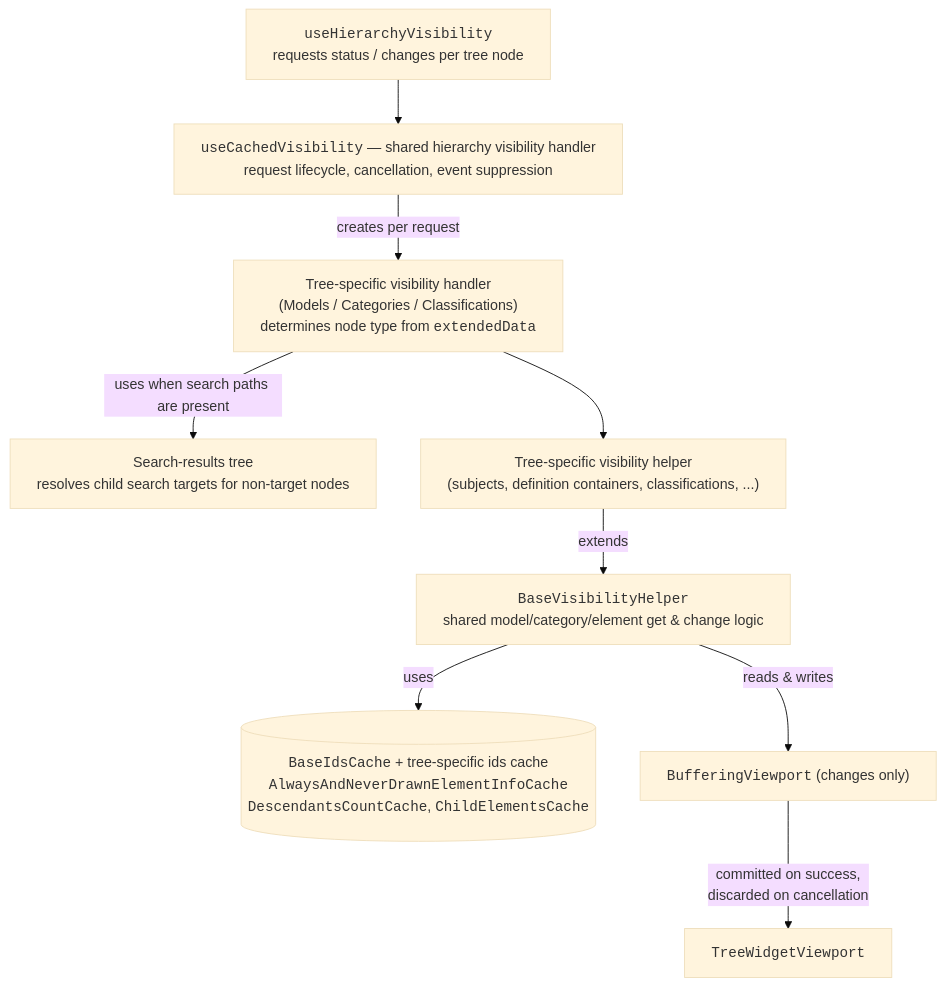
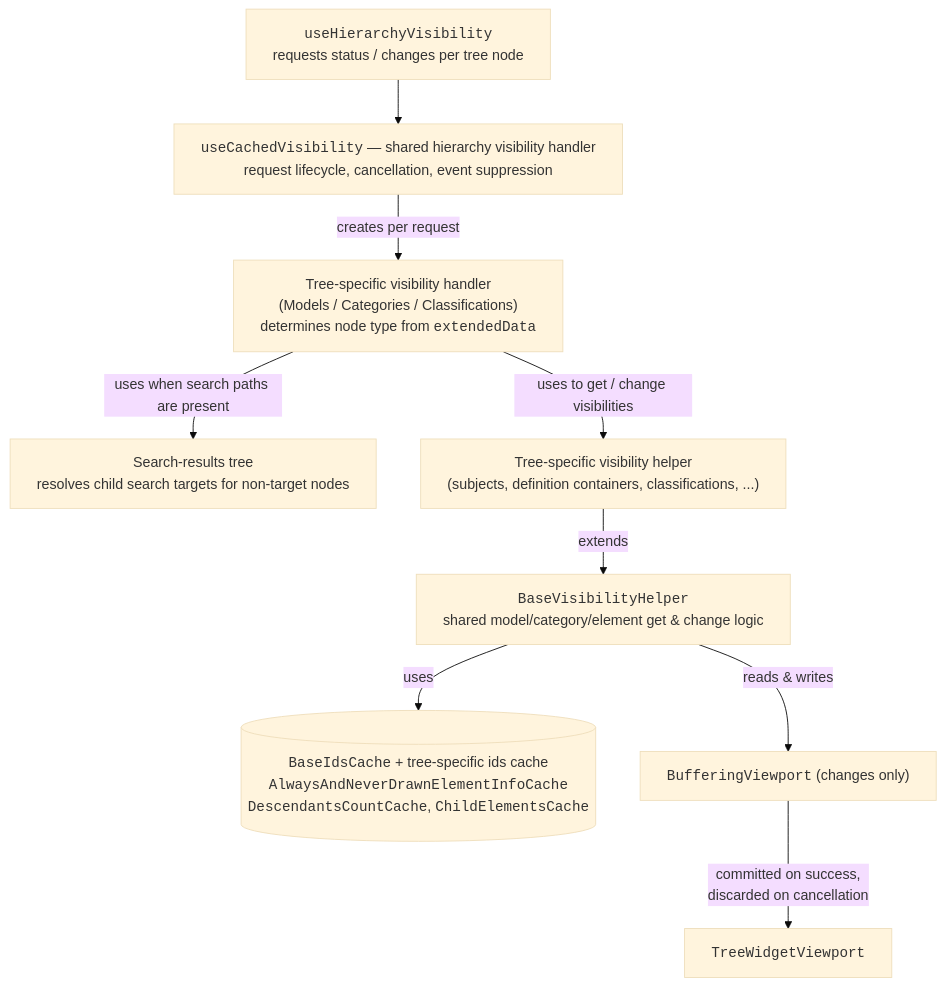
The first of 2 diagrams in packages/itwin/tree-widget/docs/Visibility.md (iTwin/viewer-components-react), drawn with Mermaid (base theme) before and after one commit.

````diff
--- a/packages/itwin/tree-widget/docs/Visibility.md
+++ b/packages/itwin/tree-widget/docs/Visibility.md
@@ -9,28 +9,28 @@
 ```mermaid
 ---
 config:
   flowchart:
     wrappingWidth: 750
     useMaxWidth: false
 ---
 
 flowchart TD
   HOOK["<span style='font-family: monospace;'>useHierarchyVisibility</span><br/>requests status / changes per tree node"]
   UCV["<span style='font-family: monospace;'>useCachedVisibility</span> — shared hierarchy visibility handler<br/>request lifecycle, cancellation, event suppression"]
   HANDLER["Tree-specific visibility handler<br/>(Models / Categories / Classifications)<br/>determines node type from <span style='font-family: monospace;'>extendedData</span>"]
   SRT["Search-results tree<br/>resolves child search targets for non-target nodes"]
   HELPER["Tree-specific visibility helper<br/>(subjects, definition containers, classifications, ...)"]
   BASE["<span style='font-family: monospace;'>BaseVisibilityHelper</span><br/>shared model/category/element get &amp; change logic"]
   CACHES[("<span style='font-family: monospace;'>BaseIdsCache</span> + tree-specific ids cache<br/><span style='font-family: monospace;'>AlwaysAndNeverDrawnElementInfoCache</span><br/><span style='font-family: monospace;'>DescendantsCountCache</span>, <span style='font-family: monospace;'>ChildElementsCache</span>")]
   BUF["<span style='font-family: monospace;'>BufferingViewport</span> (changes only)"]
   VP["<span style='font-family: monospace;'>TreeWidgetViewport</span>"]
 
   HOOK --> UCV
   UCV -- "creates per request" --> HANDLER
   HANDLER -- "uses when search paths are present" --> SRT
-  HANDLER --> HELPER
+  HANDLER -- "uses to get / change visibilities" --> HELPER
   HELPER -- "extends" --> BASE
   BASE -- "uses" --> CACHES
   BASE -- "reads & writes" --> BUF
   BUF -- "committed on success,<br/>discarded on cancellation" --> VP
 ```
````
